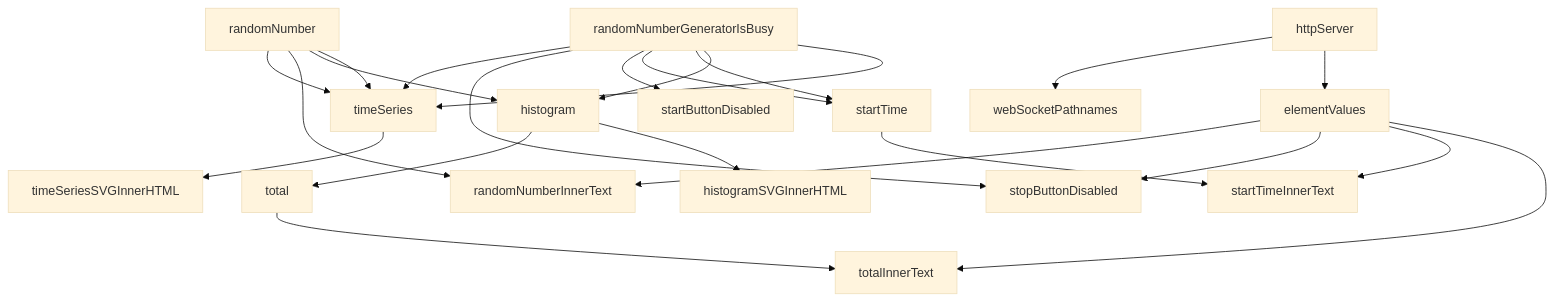
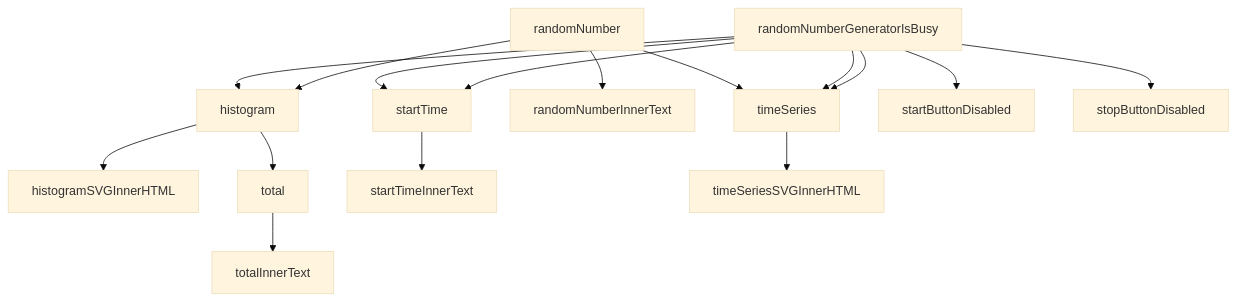
One commit to KaoruTaketani/DAQ-JS changed the diagram in README.md. Above: the diagram before and after it, drawn with Mermaid (base theme).

Commit message:
modified graph in readme

````diff
--- a/README.md
+++ b/README.md
@@ -46,25 +46,24 @@
 ```mermaid
 graph TD;
-    httpServer-->elementValues;
-    httpServer-->webSocketPathnames;
-    randomNumberGeneratorIsBusy-->timeSeries;
-    randomNumber-->timeSeries;
-    timeSeries-->timeSeriesSVGInnerHTML;
-    elementValues-->totalInnerText;
-    elementValues-->startTimeInnerText;
-    elementValues-->stopButtonDisabled;
-    elementValues-->randomNumberInnerText;
+    %%elementValues-->totalInnerText;
+    %%elementValues-->startTimeInnerText;
+    %%elementValues-->stopButtonDisabled;
+    %%elementValues-->randomNumberInnerText;
+    histogram-->histogramSVGInnerHTML;
+    histogram-->total;
+    %%httpServer-->elementValues;
+    %%httpServer-->webSocketPathnames;
     randomNumberGeneratorIsBusy-->histogram;
     randomNumber-->histogram;
+    randomNumber-->timeSeries;
+    randomNumber-->randomNumberInnerText;
+    randomNumberGeneratorIsBusy-->timeSeries;
     randomNumberGeneratorIsBusy-->startTime;
-    histogram-->histogramSVGInnerHTML;
-    histogram-->total;
-    total-->totalInnerText;
-    randomNumber-->randomNumberInnerText;
-    randomNumber-->timeSeries;
     randomNumberGeneratorIsBusy-->startTime;
-    startTime-->startTimeInnerText;
     randomNumberGeneratorIsBusy-->startButtonDisabled;
     randomNumberGeneratorIsBusy-->stopButtonDisabled;
     randomNumberGeneratorIsBusy-->timeSeries;
+    startTime-->startTimeInnerText;
+    timeSeries-->timeSeriesSVGInnerHTML;
+    total-->totalInnerText;
 ```
````
